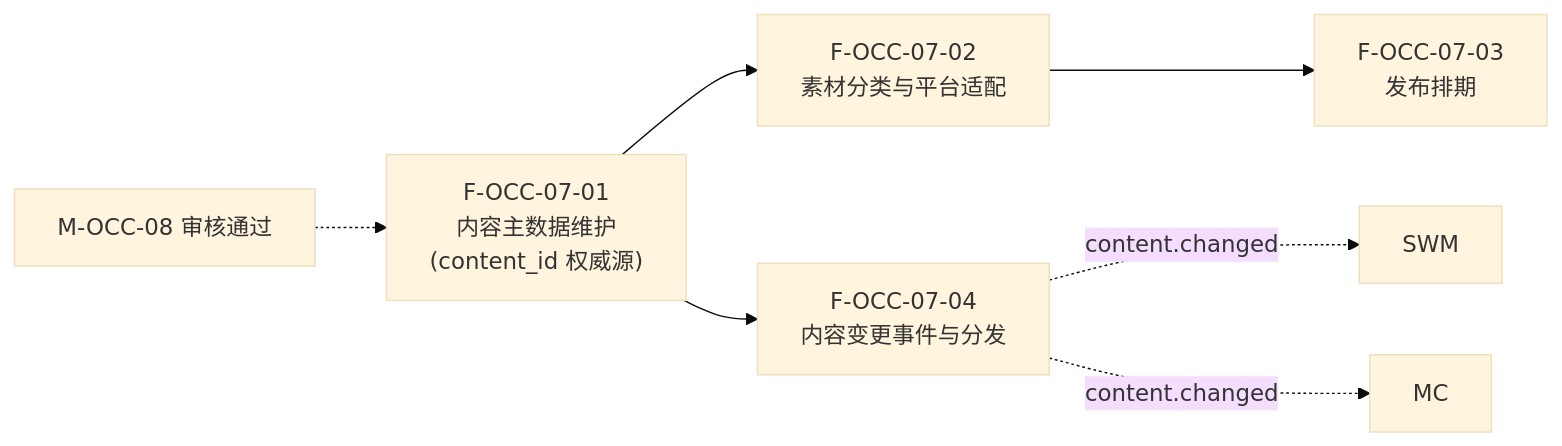
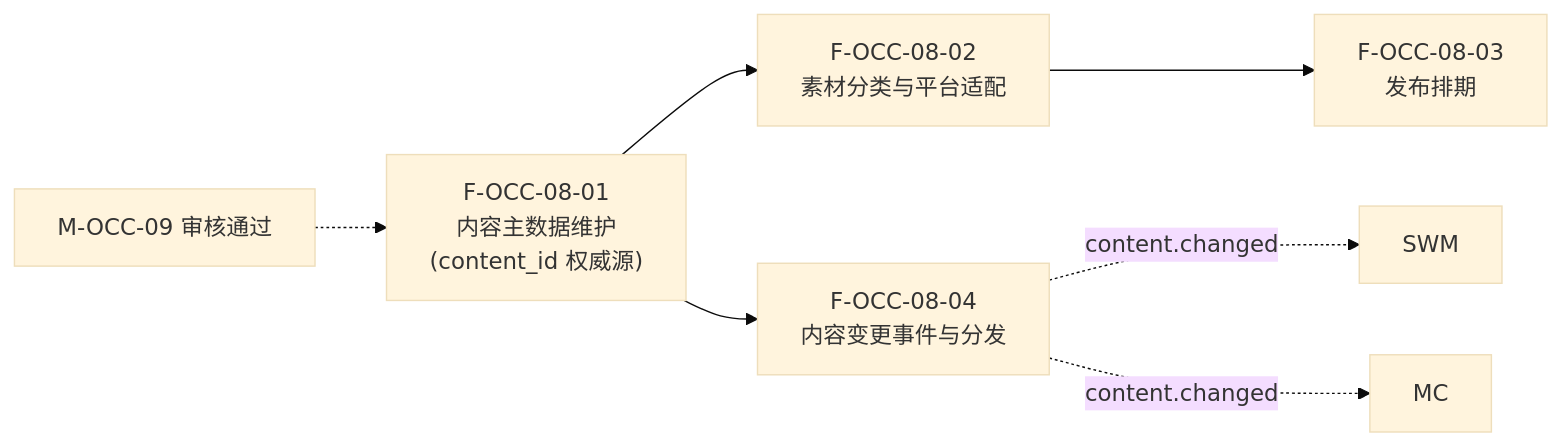
Diagram 33 of 45 in 公司项目/认知作战/文档/软件概要设计-架构图.md (Sj-g/obsidian), drawn with Mermaid (base theme) before and after one commit. The commit also changed other lines of this file and 4 other files, not shown here.

````diff
--- a/公司项目/认知作战/文档/软件概要设计-架构图.md
+++ b/公司项目/认知作战/文档/软件概要设计-架构图.md
@@ -768,12 +675,12 @@
 ```mermaid
 flowchart LR
-    F0701["F-OCC-07-01<br/>内容主数据维护<br/>(content_id 权威源)"]
-    F0702["F-OCC-07-02<br/>素材分类与平台适配"]
-    F0703["F-OCC-07-03<br/>发布排期"]
-    F0704["F-OCC-07-04<br/>内容变更事件与分发"]
+    F0801["F-OCC-08-01<br/>内容主数据维护<br/>(content_id 权威源)"]
+    F0802["F-OCC-08-02<br/>素材分类与平台适配"]
+    F0803["F-OCC-08-03<br/>发布排期"]
+    F0804["F-OCC-08-04<br/>内容变更事件与分发"]
 
-    F0701 --> F0702 --> F0703
-    F0701 --> F0704
-    EXT["M-OCC-08 审核通过"] -.-> F0701
-    F0704 -.->|"content.changed"| SWM["SWM"] & MC["MC"]
+    F0801 --> F0802 --> F0803
+    F0801 --> F0804
+    EXT["M-OCC-09 审核通过"] -.-> F0801
+    F0804 -.->|"content.changed"| SWM["SWM"] & MC["MC"]
 ```
````
